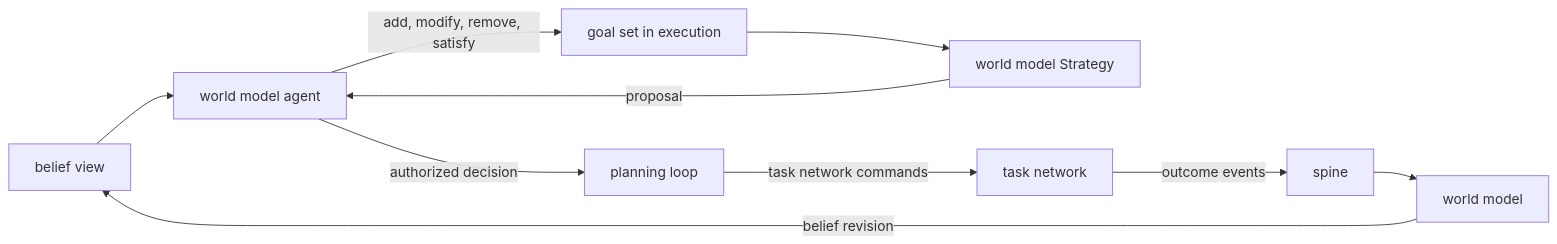
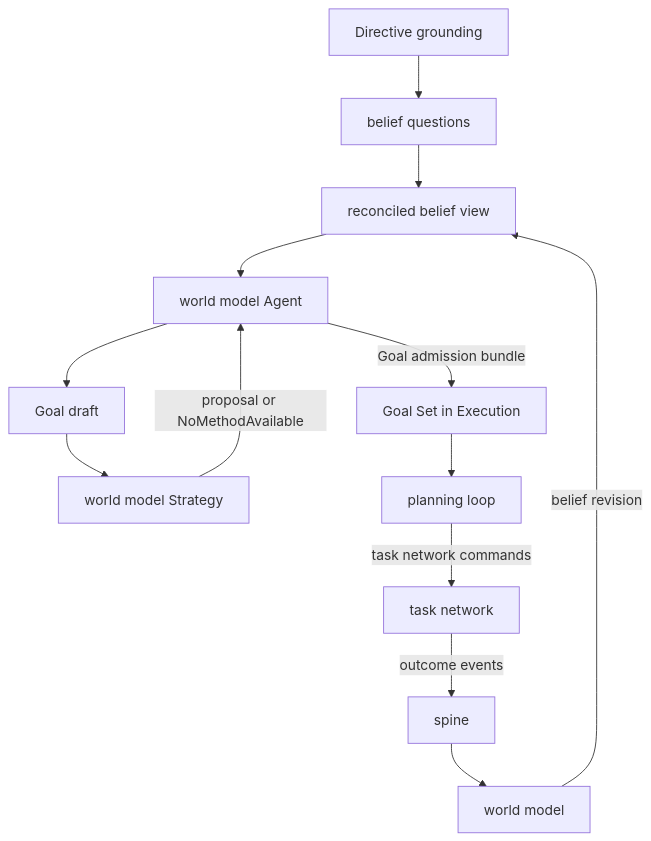
The diagram in design/cognitive_architecture/execution/goals/README.md (JerkyTreats/meld), drawn with Mermaid before and after one commit. The commit also changed other lines of this file and 43 other files, not shown here.

````diff
--- a/design/cognitive_architecture/execution/goals/README.md
+++ b/design/cognitive_architecture/execution/goals/README.md
@@ -67,12 +70,15 @@
 ```mermaid
-flowchart LR
-    BV[belief view] --> AG[world model agent]
-    AG -->|add, modify, remove, satisfy| GS[goal set in execution]
-    GS --> ST[world model Strategy]
-    ST -->|proposal| AG
-    AG -->|authorized decision| PL[planning loop]
+flowchart TD
+    DR[Directive grounding] --> BQ[belief questions]
+    BQ --> BV[reconciled belief view]
+    BV --> AG[world model Agent]
+    AG --> GD[Goal draft]
+    GD --> ST[world model Strategy]
+    ST -->|proposal or NoMethodAvailable| AG
+    AG -->|Goal admission bundle| GS[Goal Set in Execution]
+    GS --> PL[planning loop]
     PL -->|task network commands| TN[task network]
     TN -->|outcome events| SP[spine]
     SP --> WM[world model]
     WM -->|belief revision| BV
 ```
````
